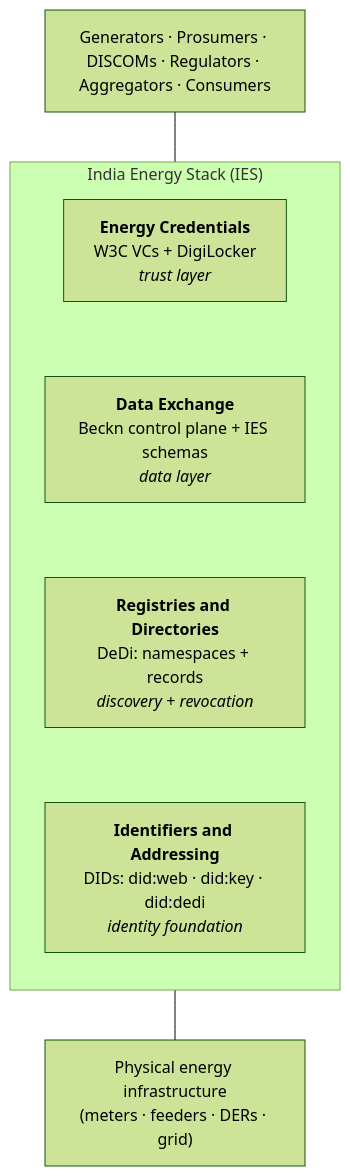
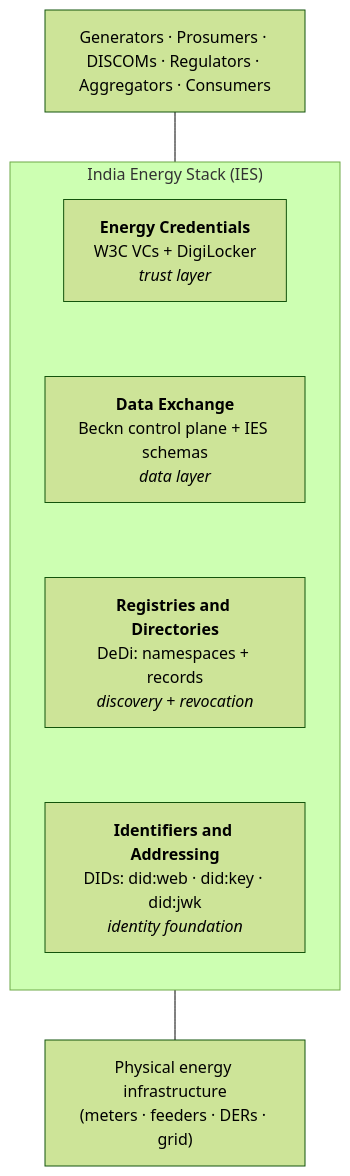
Before and after one commit to India-Energy-Stack/ies-accelerator: the diagram in README.md, drawn with Mermaid (forest theme). The commit also changed 14 other files, not shown here.

````diff
--- a/README.md
+++ b/README.md
@@ -5,17 +5,17 @@
 ```mermaid
 flowchart TB
   actors["Generators · Prosumers · DISCOMs · Regulators · Aggregators · Consumers"]
   subgraph ies["India Energy Stack (IES)"]
     direction TB
     cred["<b>Energy Credentials</b><br/>W3C VCs + DigiLocker<br/><i>trust layer</i>"]
     data["<b>Data Exchange</b><br/>Beckn control plane + IES schemas<br/><i>data layer</i>"]
     reg["<b>Registries and Directories</b><br/>DeDi: namespaces + records<br/><i>discovery + revocation</i>"]
-    id["<b>Identifiers and Addressing</b><br/>DIDs: did:web · did:key · did:dedi<br/><i>identity foundation</i>"]
+    id["<b>Identifiers and Addressing</b><br/>DIDs: did:web · did:key · did:jwk<br/><i>identity foundation</i>"]
     cred ~~~ data
     data ~~~ reg
     reg ~~~ id
   end
   infra["Physical energy infrastructure<br/>(meters · feeders · DERs · grid)"]
   actors --- ies
   ies --- infra
 ```
````
